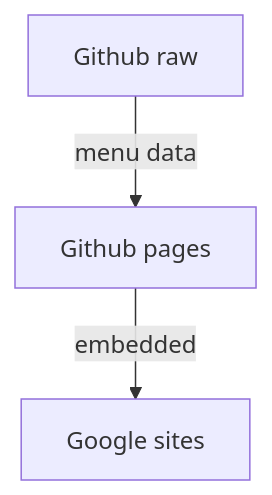
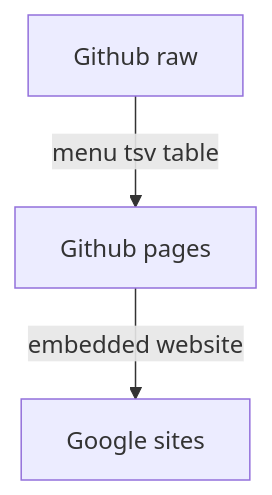
The diagram in README.md (simon-ameye/brume-menu), drawn with Mermaid before and after one commit. The commit also changed other lines of this file, not shown here.

````diff
--- a/README.md
+++ b/README.md
@@ -25,8 +27,8 @@
 ```mermaid
 	graph TD
 		A[Github pages]
 		B[Google sites]
 		C[Github raw]
-		A-->|embedded| B
-		C -->|menu data| A
+		A-->|embedded website| B
+		C -->|menu tsv table| A
 ```
````
